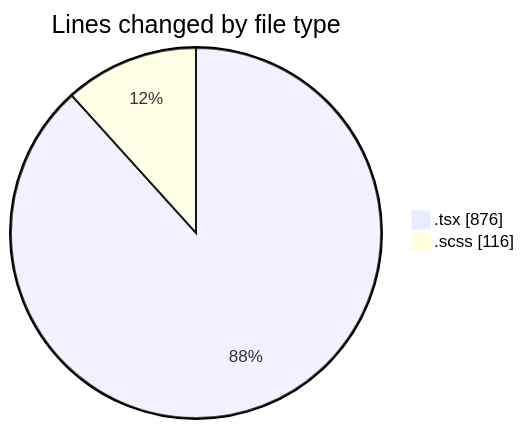
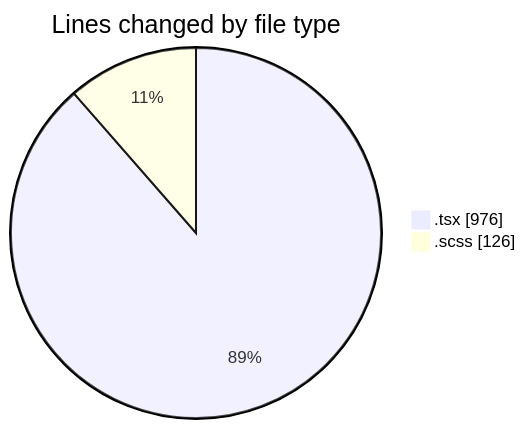
One commit to momahboobian/code-tracking changed the first of 2 diagrams in 2025-04-10/cda/README.md. Above: the diagram before and after it, drawn with Mermaid. The commit also changed other lines of this file and 1 other file, not shown here.

````diff
--- a/2025-04-10/cda/README.md
+++ b/2025-04-10/cda/README.md
@@ -22,6 +22,6 @@
 ```mermaid
 pie showData
 title Lines changed by file type
-".tsx" : 876
-".scss" : 116
+".tsx" : 976
+".scss" : 126
 ```
````
